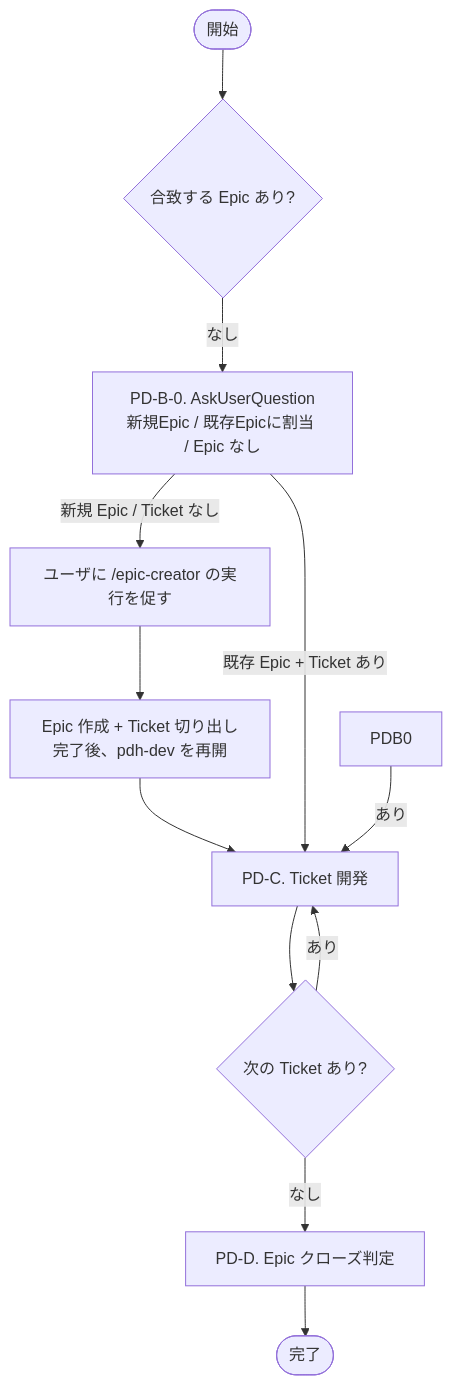
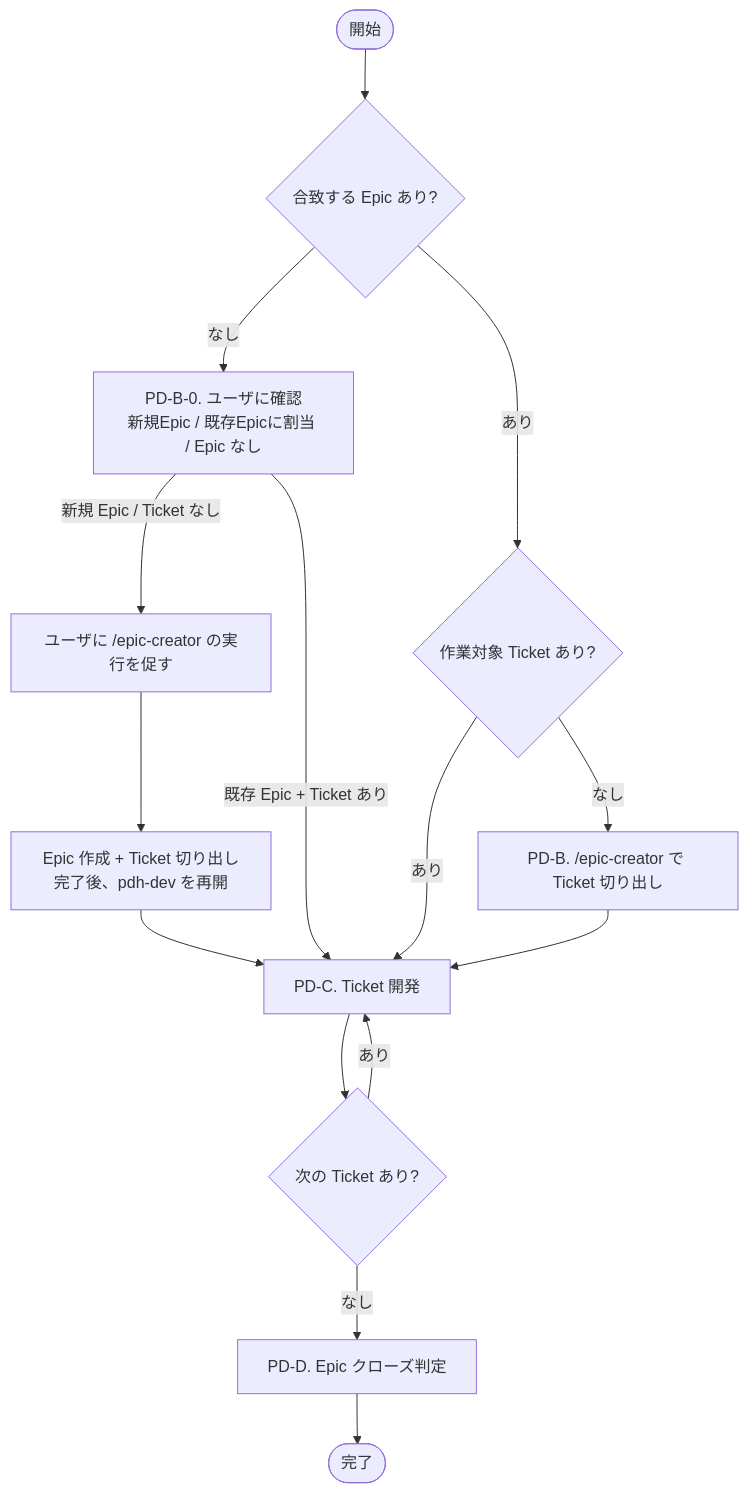
Before and after one commit to masuidrive/pdh: the first of 3 diagrams in skills/pdh-dev/SKILL.md, drawn with Mermaid. The commit also changed other lines of this file and 4 other files, not shown here.

````diff
--- a/skills/pdh-dev/SKILL.md
+++ b/skills/pdh-dev/SKILL.md
@@ -59,14 +183,17 @@
 ```mermaid
 flowchart TD
     Start([開始]) --> PDA0{"合致する Epic あり?"}
-    PDA0 -- "なし" --> PDA0q["PD-B-0. AskUserQuestion<br/>新規Epic / 既存Epicに割当 / Epic なし"]
+    PDA0 -- "なし" --> PDA0q["PD-B-0. ユーザに確認<br/>新規Epic / 既存Epicに割当 / Epic なし"]
     PDA0q -- "新規 Epic / Ticket なし" --> PDA1["ユーザに /epic-creator の実行を促す"]
     PDA1 --> PDA1done["Epic 作成 + Ticket 切り出し完了後、pdh-dev を再開"]
     PDA1done --> PDC
     PDA0q -- "既存 Epic + Ticket あり" --> PDC
-    PDB0 -- "あり" --> PDC["PD-C. Ticket 開発"]
+    PDA0 -- "あり" --> T0{"作業対象 Ticket あり?"}
+    T0 -- "なし" --> PDB["PD-B. /epic-creator で Ticket 切り出し"]
+    T0 -- "あり" --> PDC
+    PDB --> PDC["PD-C. Ticket 開発"]
     PDC --> PDC_next{"次の Ticket あり?"}
     PDC_next -- "あり" --> PDC
     PDC_next -- "なし" --> PDD["PD-D. Epic クローズ判定"]
     PDD --> Done([完了])
 ```
````
